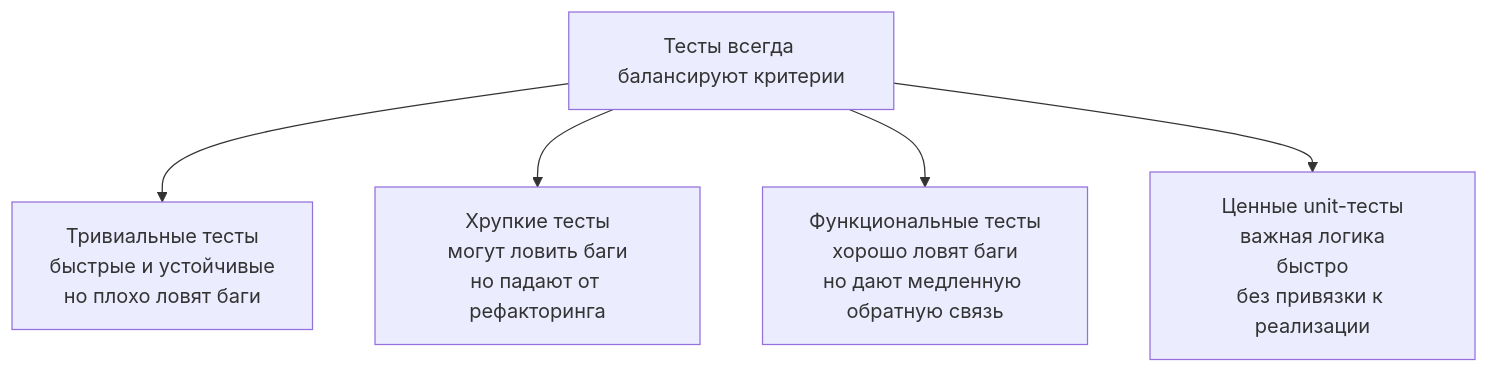
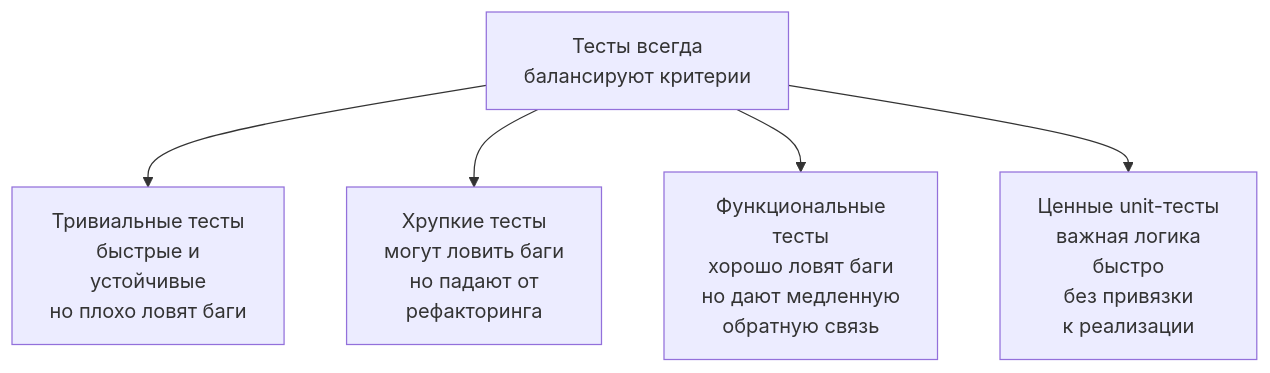
The seventh of 10 diagrams in content/lectures/Lec3/vitepress.md (Kert0n/KPO), drawn with Mermaid before and after one commit.

Commit message:
Лекция 3: исправлено обрезание критериев теста

````diff
--- a/content/lectures/Lec3/vitepress.md
+++ b/content/lectures/Lec3/vitepress.md
@@ -1335,7 +1335,7 @@
 ```mermaid
 flowchart TD
-    Tradeoff["Тесты всегда балансируют критерии"] --> Trivial["Тривиальные тесты<br/>быстрые и устойчивые<br/>но плохо ловят баги"]
-    Tradeoff --> Brittle["Хрупкие тесты<br/>могут ловить баги<br/>но падают от рефакторинга"]
-    Tradeoff --> Functional["Функциональные тесты<br/>хорошо ловят баги<br/>но дают медленную обратную связь"]
-    Tradeoff --> Valuable["Ценные unit-тесты<br/>важная логика<br/>быстро<br/>без привязки к реализации"]
+    Tradeoff["Тесты всегда<br/>балансируют критерии"] --> Trivial["Тривиальные тесты<br/>быстрые и<br/>устойчивые<br/>но плохо ловят баги"]
+    Tradeoff --> Brittle["Хрупкие тесты<br/>могут ловить баги<br/>но падают от<br/>рефакторинга"]
+    Tradeoff --> Functional["Функциональные<br/>тесты<br/>хорошо ловят баги<br/>но дают медленную<br/>обратную связь"]
+    Tradeoff --> Valuable["Ценные unit-тесты<br/>важная логика<br/>быстро<br/>без привязки<br/>к реализации"]
 ```
````
